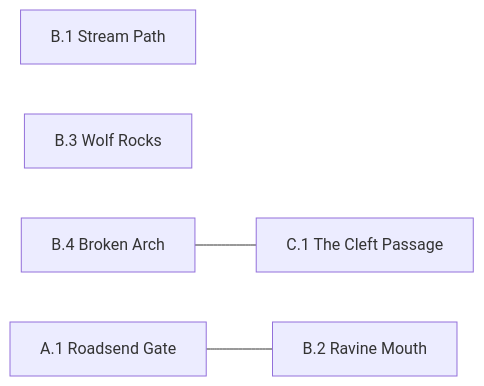
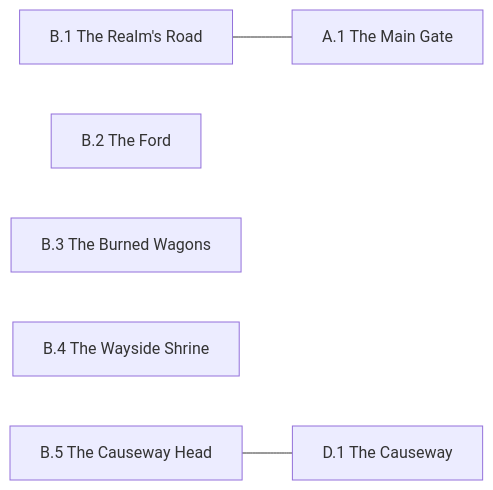
The diagram in setting/region/B/Connections.mmd (rstevenson1237/setting_builder), drawn with Mermaid before and after one commit. The commit also changed 188 other files, not shown here.

```diff
--- a/setting/region/B/Connections.mmd
+++ b/setting/region/B/Connections.mmd
@@ -1,9 +1,10 @@
 graph LR
-  B1["B.1 Stream Path"]
-  B2["B.2 Ravine Mouth"]
-  B3["B.3 Wolf Rocks"]
-  B4["B.4 Broken Arch"]
-  A1["A.1 Roadsend Gate"]
-  C1["C.1 The Cleft Passage"]
-  A1 --- B2
-  B4 --- C1
+  B1["B.1 The Realm's Road"]
+  B2["B.2 The Ford"]
+  B3["B.3 The Burned Wagons"]
+  B4["B.4 The Wayside Shrine"]
+  B5["B.5 The Causeway Head"]
+  A1["A.1 The Main Gate"]
+  D1["D.1 The Causeway"]
+  B1 --- A1
+  B5 --- D1
```
